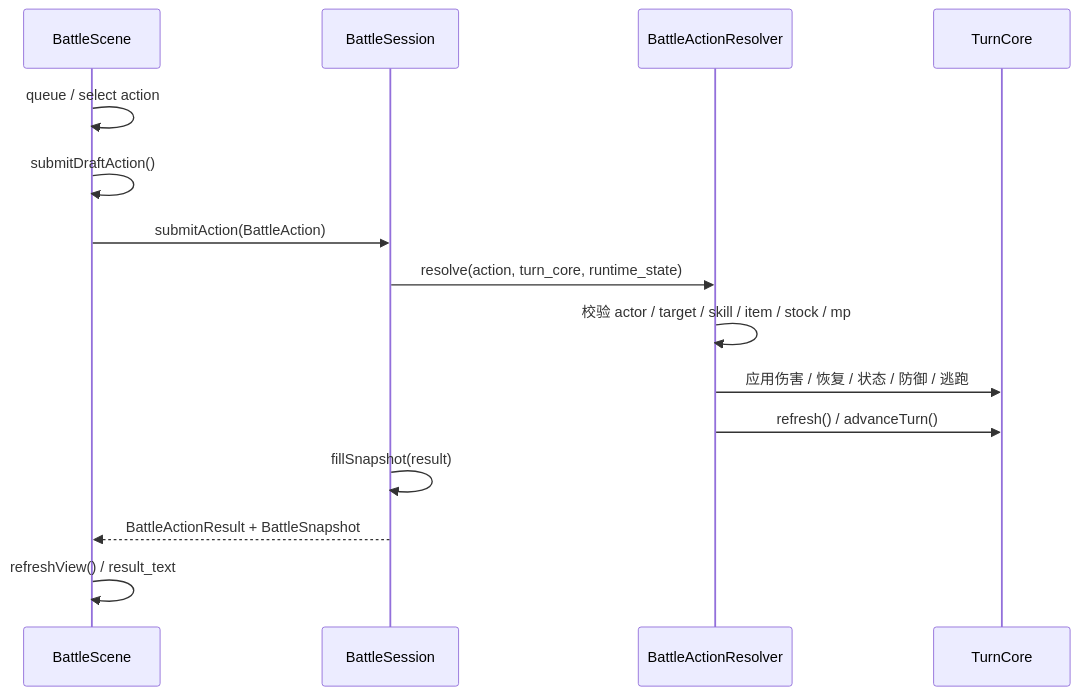
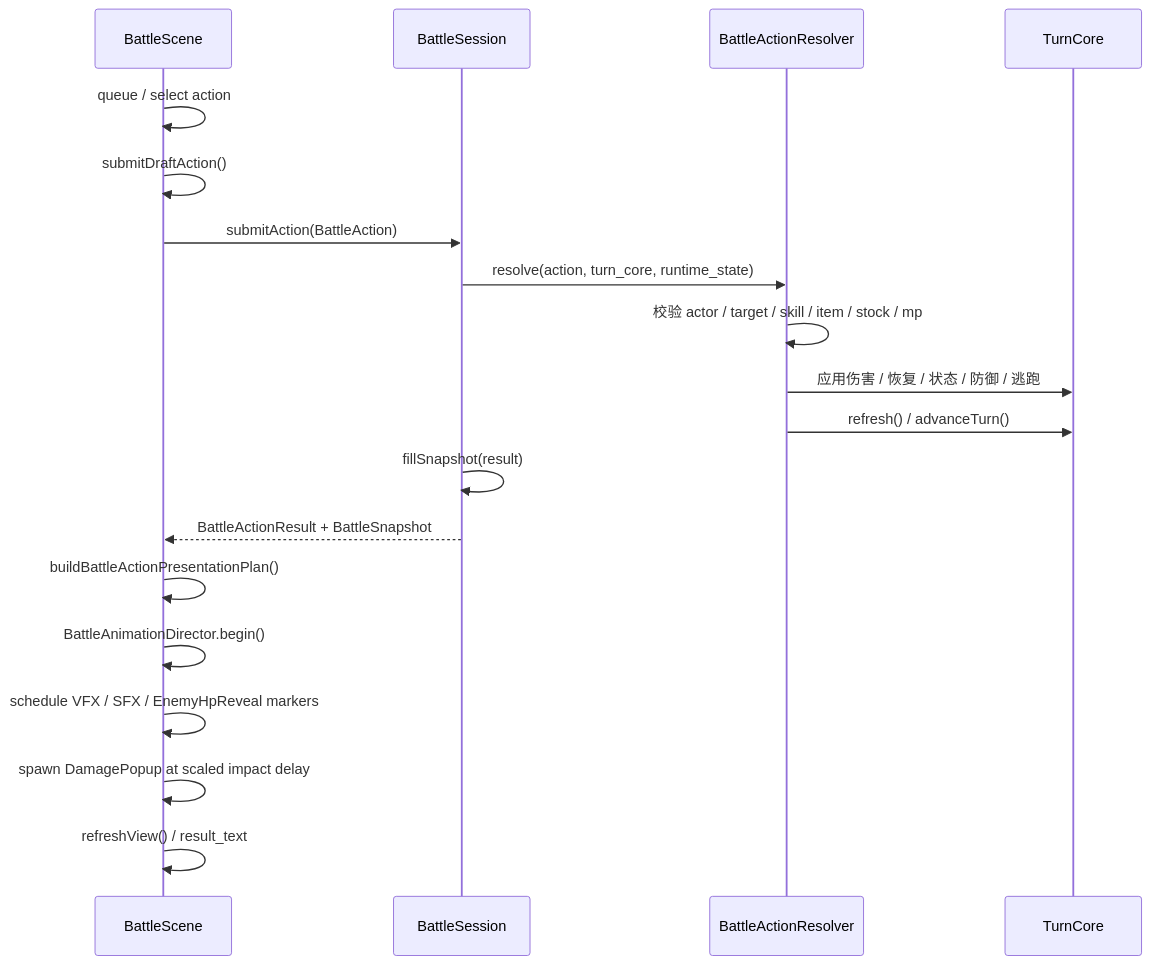
The fourth of 8 diagrams in docs/gameplay/turn-based-battle.md (WispSnow/TinyFarmRPG), drawn with Mermaid before and after one commit. The commit also changed other lines of this file and 15 other files, not shown here.

````diff
--- a/docs/gameplay/turn-based-battle.md
+++ b/docs/gameplay/turn-based-battle.md
@@ -261,18 +265,22 @@
 ```mermaid
 sequenceDiagram
     participant BS as BattleScene
     participant SE as BattleSession
     participant AR as BattleActionResolver
     participant TC as TurnCore
 
     BS->>BS: queue / select action
     BS->>BS: submitDraftAction()
     BS->>SE: submitAction(BattleAction)
     SE->>AR: resolve(action, turn_core, runtime_state)
     AR->>AR: 校验 actor / target / skill / item / stock / mp
     AR->>TC: 应用伤害 / 恢复 / 状态 / 防御 / 逃跑
     AR->>TC: refresh() / advanceTurn()
     SE->>SE: fillSnapshot(result)
     SE-->>BS: BattleActionResult + BattleSnapshot
+    BS->>BS: buildBattleActionPresentationPlan()
+    BS->>BS: BattleAnimationDirector.begin()
+    BS->>BS: schedule VFX / SFX / EnemyHpReveal markers
+    BS->>BS: spawn DamagePopup at scaled impact delay
     BS->>BS: refreshView() / result_text
 ```
````
